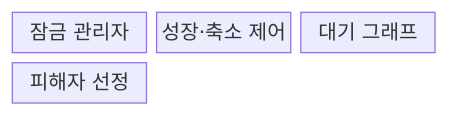
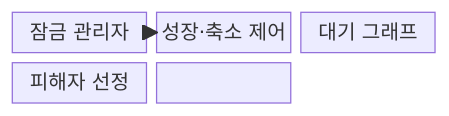
Before and after one commit to agnusdei1207/knowledge-base: the first of 2 diagrams in src/content/docs/notes/03-software/088_two_phase_locking.md, drawn with Mermaid. The commit also changed other lines of this file and 20 other files, not shown here.

````diff
--- a/src/content/docs/notes/03-software/088_two_phase_locking.md
+++ b/src/content/docs/notes/03-software/088_two_phase_locking.md
@@ -57,8 +64,10 @@
 ```mermaid
-block-beta
+block
   columns 3
   L["잠금 관리자"]
   P["성장·축소 제어"]
   W["대기 그래프"]
   V["피해자 선정"]
+  L --> P
+  L --> W --> V
 ```
````
